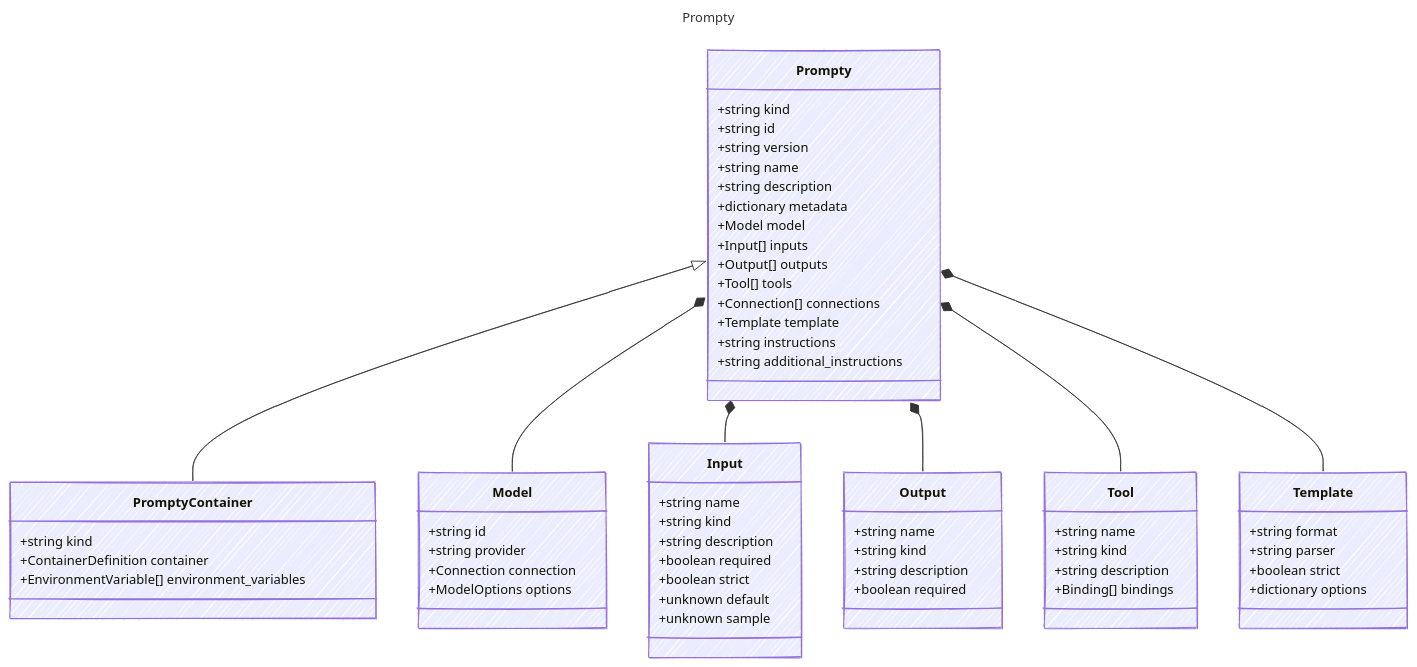
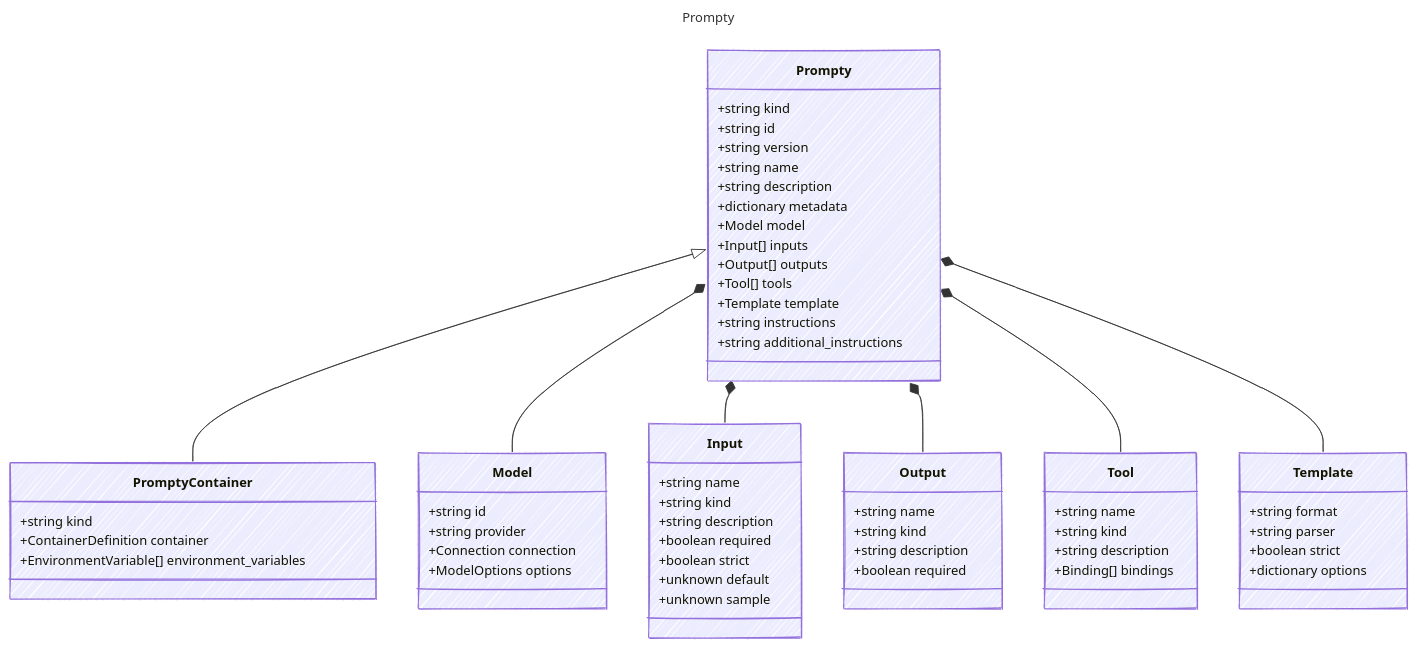
Before and after one commit to microsoft/prompty: the diagram in specification/prompty/docs/Prompty.md, drawn with Mermaid. The commit also changed other lines of this file and 37 other files, not shown here.

````diff
--- a/specification/prompty/docs/Prompty.md
+++ b/specification/prompty/docs/Prompty.md
@@ -12,71 +12,70 @@
 ```mermaid
 ---
 title: Prompty
 config:
   look: handDrawn
   theme: colorful
   class:
     hideEmptyMembersBox: true
 ---
 classDiagram
     class Prompty {
         +string kind
         +string id
         +string version
         +string name
         +string description
         +dictionary metadata
         +Model model
         +Input[] inputs
         +Output[] outputs
         +Tool[] tools
-        +Connection[] connections
         +Template template
         +string instructions
         +string additional_instructions
     }
     class PromptyContainer {
         +string kind
         +ContainerDefinition container
         +EnvironmentVariable[] environment_variables
     }
     Prompty <|-- PromptyContainer
     class Model {
         +string id
         +string provider
         +Connection connection
         +ModelOptions options
     }
     Prompty *-- Model
     class Input {
         +string name
         +string kind
         +string description
         +boolean required
         +boolean strict
         +unknown default
         +unknown sample
     }
     Prompty *-- Input
     class Output {
         +string name
         +string kind
         +string description
         +boolean required
     }
     Prompty *-- Output
     class Tool {
         +string name
         +string kind
         +string description
         +Binding[] bindings
     }
     Prompty *-- Tool
     class Template {
         +string format
         +string parser
         +boolean strict
         +dictionary options
     }
     Prompty *-- Template
 ```
````
